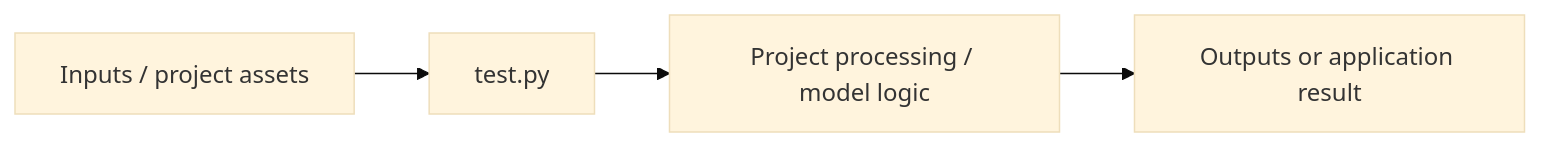
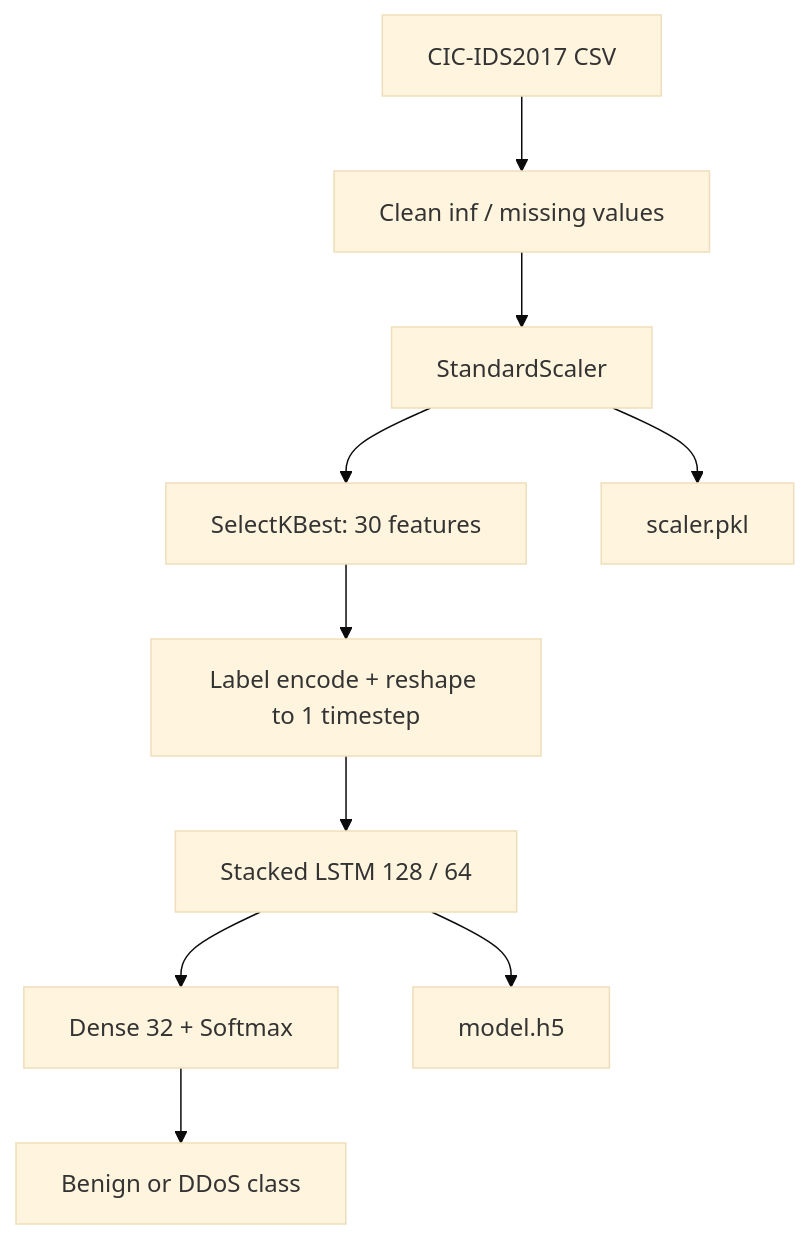
Before and after one commit to Rajkumar-Ai-Engineer/120_ProjectStreak: the diagram in DeepLearning/AI_cyber/README.md, drawn with Mermaid (base theme). The commit also changed other lines of this file, not shown here.

````diff
--- a/DeepLearning/AI_cyber/README.md
+++ b/DeepLearning/AI_cyber/README.md
@@ -21,6 +21,12 @@
 ```mermaid
-flowchart LR
-    I[Inputs / project assets] --> E[test.py]
-    E --> P[Project processing / model logic]
-    P --> O[Outputs or application result]
+flowchart TD
+ A[CIC-IDS2017 CSV] --> B[Clean inf / missing values]
+ B --> C[StandardScaler]
+ C --> D[SelectKBest: 30 features]
+ D --> E[Label encode + reshape to 1 timestep]
+ E --> F[Stacked LSTM 128 / 64]
+ F --> G[Dense 32 + Softmax]
+ G --> H[Benign or DDoS class]
+ F --> I[model.h5]
+ C --> J[scaler.pkl]
 ```
````
